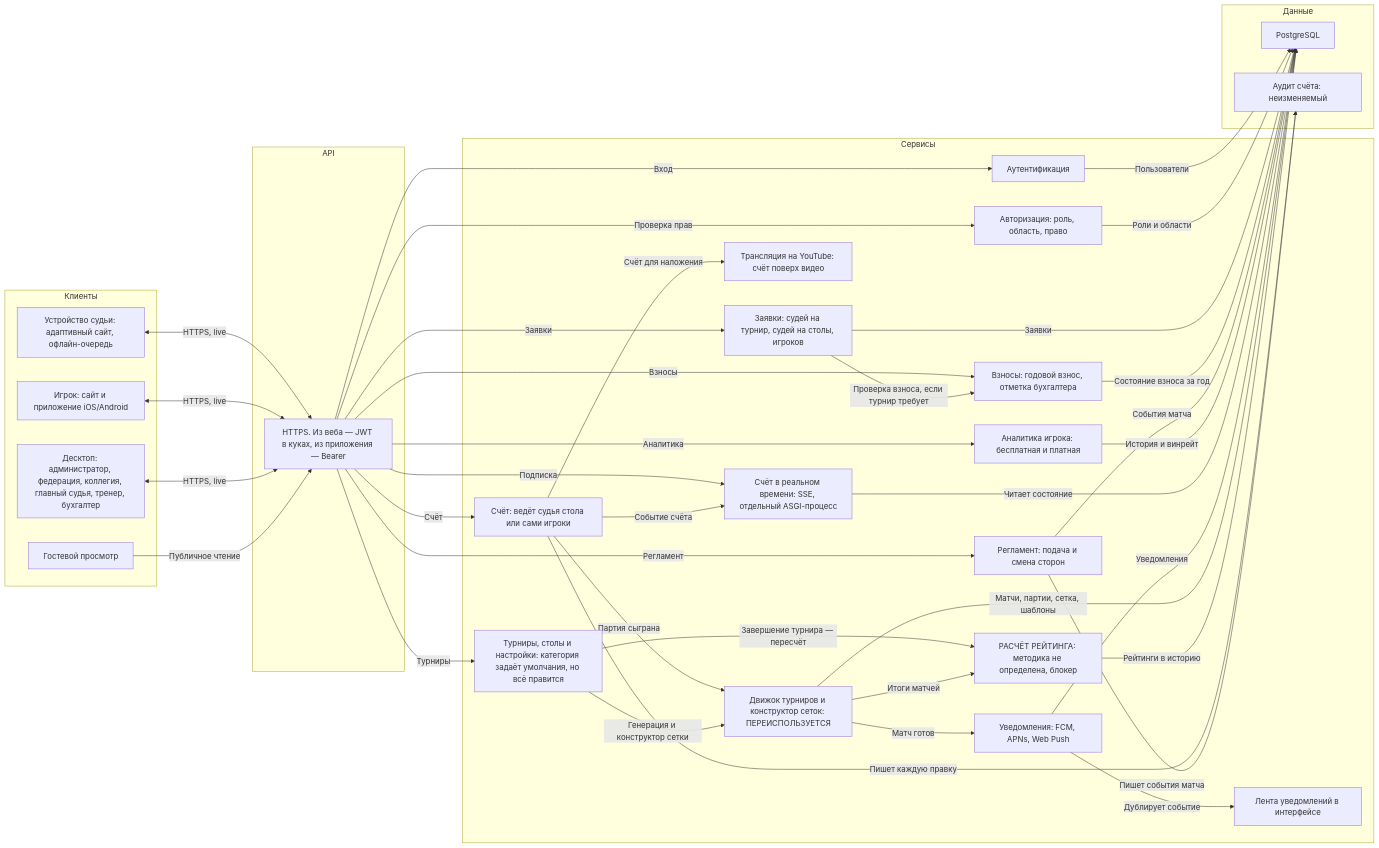
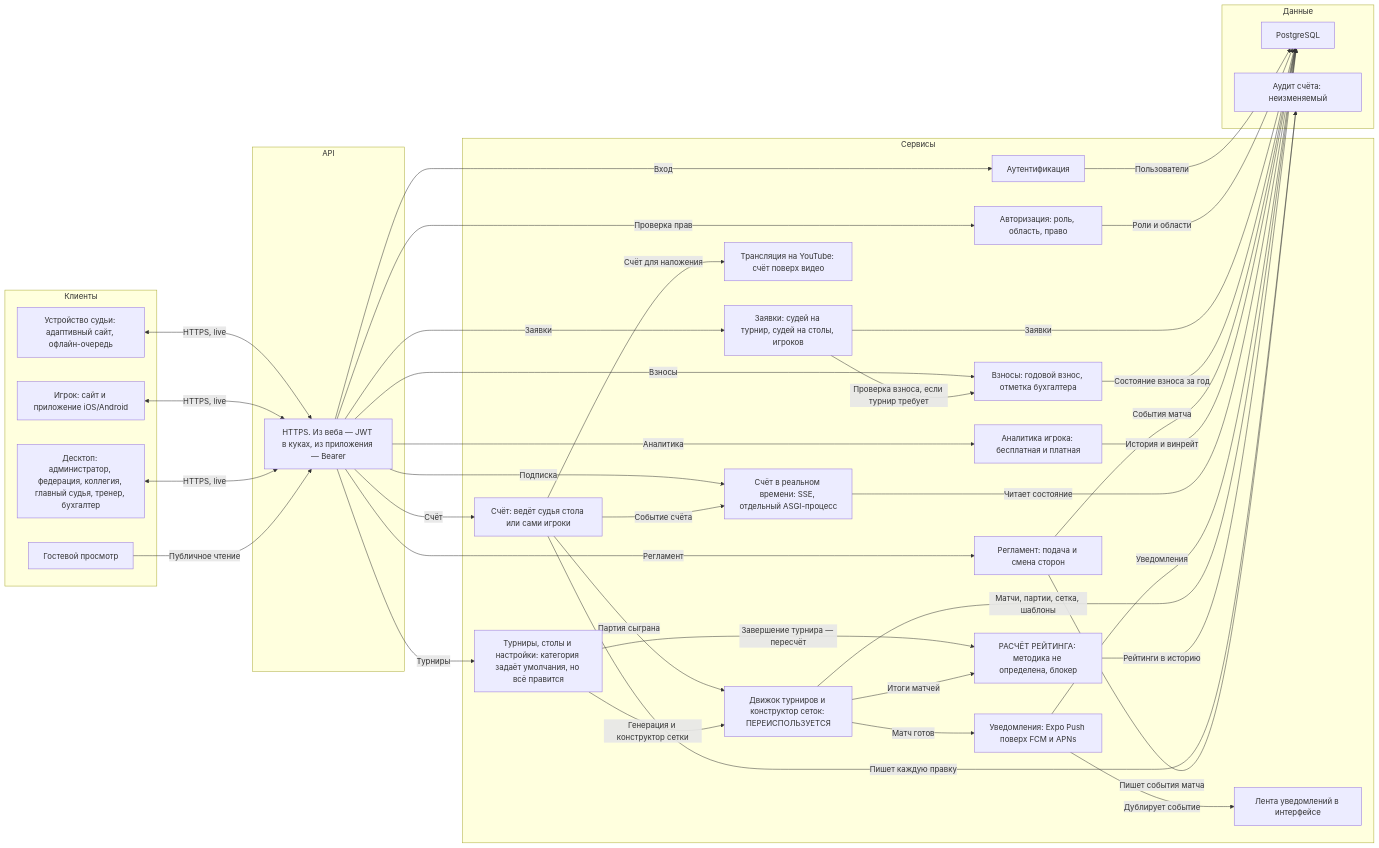
Before and after one commit to AssylanAkhanuly/tt_tournament: the first of 3 diagrams in ARCHITECTURE.md, drawn with Mermaid. The commit also changed other lines of this file and 6 other files, not shown here.

First line of the commit message:
refactor: убран кэш Next, а вместе с ним и Server Actions; push через Expo

````diff
--- a/ARCHITECTURE.md
+++ b/ARCHITECTURE.md
@@ -37,70 +37,70 @@
 ```mermaid
 flowchart LR
     subgraph client ["Клиенты"]
         judgeTablet["Устройство судьи: адаптивный сайт, офлайн-очередь"]
         playerPhone["Игрок: сайт и приложение iOS/Android"]
         adminDesktop["Десктоп: администратор, федерация, коллегия, главный судья, тренер, бухгалтер"]
         guestWeb["Гостевой просмотр"]
     end
     subgraph gateway ["API"]
         apiGateway["HTTPS. Из веба — JWT в куках, из приложения — Bearer"]
     end
     subgraph service ["Сервисы"]
         authService["Аутентификация"]
         rbacService["Авторизация: роль, область, право"]
         tournamentService["Турниры, столы и настройки: категория задаёт умолчания, но всё правится"]
         applicationService["Заявки: судей на турнир, судей на столы, игроков"]
         feeService["Взносы: годовой взнос, отметка бухгалтера"]
         scoreService["Счёт: ведёт судья стола или сами игроки"]
         refereeService["Регламент: подача и смена сторон"]
         analyticsService["Аналитика игрока: бесплатная и платная"]
         liveService["Счёт в реальном времени: SSE, отдельный ASGI-процесс"]
         broadcastService["Трансляция на YouTube: счёт поверх видео"]
-        notifyService["Уведомления: FCM, APNs, Web Push"]
+        notifyService["Уведомления: Expo Push поверх FCM и APNs"]
         inboxFeed["Лента уведомлений в интерфейсе"]
         engine["Движок турниров и конструктор сеток: ПЕРЕИСПОЛЬЗУЕТСЯ"]
         ratingService["РАСЧЁТ РЕЙТИНГА: методика не определена, блокер"]
     end
     subgraph datastore ["Данные"]
         postgres["PostgreSQL"]
         auditLog["Аудит счёта: неизменяемый"]
     end
 
     judgeTablet <-->|"HTTPS, live"| apiGateway
     playerPhone <-->|"HTTPS, live"| apiGateway
     adminDesktop <-->|"HTTPS, live"| apiGateway
     guestWeb -->|"Публичное чтение"| apiGateway
 
     apiGateway -->|"Вход"| authService
     apiGateway -->|"Проверка прав"| rbacService
     apiGateway -->|"Турниры"| tournamentService
     apiGateway -->|"Заявки"| applicationService
     apiGateway -->|"Взносы"| feeService
     applicationService -->|"Проверка взноса, если турнир требует"| feeService
     apiGateway -->|"Счёт"| scoreService
     apiGateway -->|"Регламент"| refereeService
     apiGateway -->|"Аналитика"| analyticsService
     apiGateway -->|"Подписка"| liveService
 
     scoreService -->|"Партия сыграна"| engine
     scoreService -->|"Пишет каждую правку"| auditLog
     scoreService -->|"Событие счёта"| liveService
     scoreService -->|"Счёт для наложения"| broadcastService
     refereeService -->|"Пишет события матча"| auditLog
     tournamentService -->|"Генерация и конструктор сетки"| engine
     tournamentService -->|"Завершение турнира — пересчёт"| ratingService
     engine -->|"Итоги матчей"| ratingService
     engine -->|"Матч готов"| notifyService
     notifyService -->|"Дублирует событие"| inboxFeed
 
     authService -->|"Пользователи"| postgres
     rbacService -->|"Роли и области"| postgres
     applicationService -->|"Заявки"| postgres
     feeService -->|"Состояние взноса за год"| postgres
     refereeService -->|"События матча"| postgres
     analyticsService -->|"История и винрейт"| postgres
     liveService -->|"Читает состояние"| postgres
     notifyService -->|"Уведомления"| postgres
     engine -->|"Матчи, партии, сетка, шаблоны"| postgres
     ratingService -->|"Рейтинги в историю"| postgres
 ```
````
